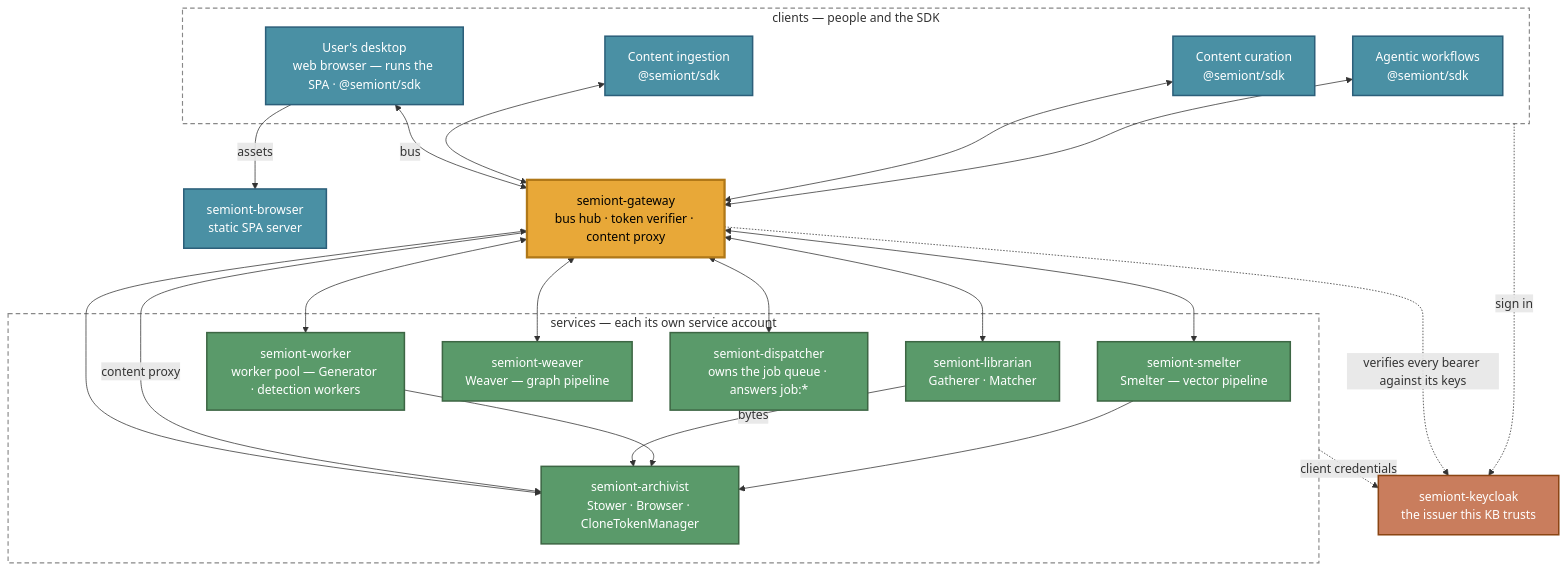
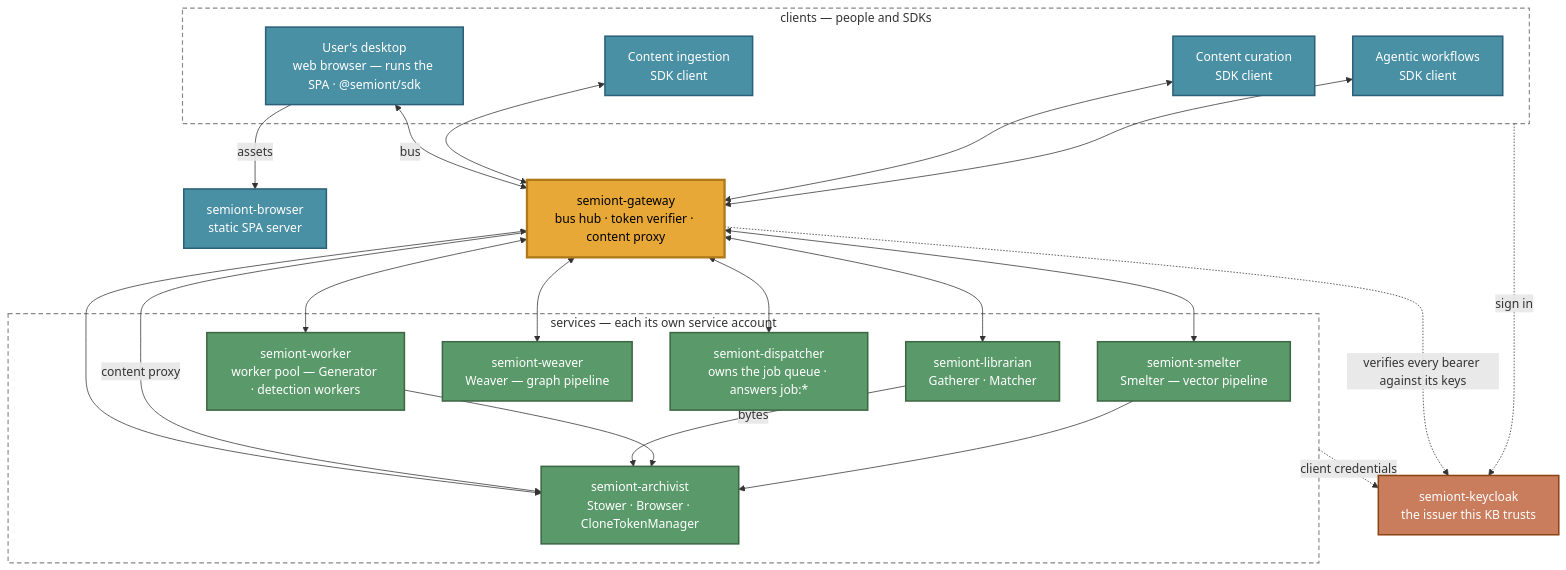
Before and after one commit to The-AI-Alliance/semiont: the first of 2 diagrams in docs/operator/CONTAINER-TOPOLOGY.md, drawn with Mermaid. The commit also changed other lines of this file and 23 other files, not shown here.

````diff
--- a/docs/operator/CONTAINER-TOPOLOGY.md
+++ b/docs/operator/CONTAINER-TOPOLOGY.md
@@ -22,56 +22,56 @@
 ```mermaid
 graph TB
-    subgraph CLIENTS ["clients — people and the SDK"]
+    subgraph CLIENTS ["clients — people and SDKs"]
         USER["User's desktop<br/>web browser — runs the SPA · @semiont/sdk"]
-        INGEST["Content ingestion<br/>@semiont/sdk"]
-        CURATE["Content curation<br/>@semiont/sdk"]
-        AGENT["Agentic workflows<br/>@semiont/sdk"]
+        INGEST["Content ingestion<br/>SDK client"]
+        CURATE["Content curation<br/>SDK client"]
+        AGENT["Agentic workflows<br/>SDK client"]
     end
 
     BROWSERC["semiont-browser<br/>static SPA server"]
     GW["semiont-gateway<br/>bus hub · token verifier · content proxy"]
     KC["semiont-keycloak<br/>the issuer this KB trusts"]
 
     subgraph SERVICES ["services — each its own service account"]
         LIB["semiont-librarian<br/>Gatherer · Matcher"]
         WORKER["semiont-worker<br/>worker pool — Generator · detection workers"]
         SMELT["semiont-smelter<br/>Smelter — vector pipeline"]
         WEAVE["semiont-weaver<br/>Weaver — graph pipeline"]
         ARCH["semiont-archivist<br/>Stower · Browser · CloneTokenManager"]
         DISP["semiont-dispatcher<br/>owns the job queue · answers job:*"]
     end
 
     USER -->|assets| BROWSERC
     USER <-->|bus| GW
     INGEST <--> GW
     CURATE <--> GW
     AGENT <--> GW
 
     GW <--> LIB
     GW <--> WORKER
     GW <--> SMELT
     GW <--> WEAVE
     GW <--> ARCH
     GW <--> DISP
 
     GW -->|content proxy| ARCH
     LIB -->|bytes| ARCH
     WORKER --> ARCH
     SMELT --> ARCH
 
     CLIENTS -.->|sign in| KC
     SERVICES -.->|client credentials| KC
     GW -.->|verifies every bearer against its keys| KC
 
     classDef client fill:#4a90a4,stroke:#2c5f7a,stroke-width:2px,color:#fff
     classDef svc fill:#5a9a6a,stroke:#3d6644,stroke-width:2px,color:#fff
     classDef hub fill:#e8a838,stroke:#b07818,stroke-width:3px,color:#000
     classDef infra fill:#c97d5d,stroke:#8b4513,stroke-width:2px,color:#fff
 
     class USER,INGEST,CURATE,AGENT,BROWSERC client
     class LIB,WORKER,SMELT,WEAVE,ARCH,DISP svc
     class GW hub
     class KC infra
     style CLIENTS fill:none,stroke:#888,stroke-width:1.5px,stroke-dasharray:6 4
     style SERVICES fill:none,stroke:#888,stroke-width:1.5px,stroke-dasharray:6 4
 ```
````
